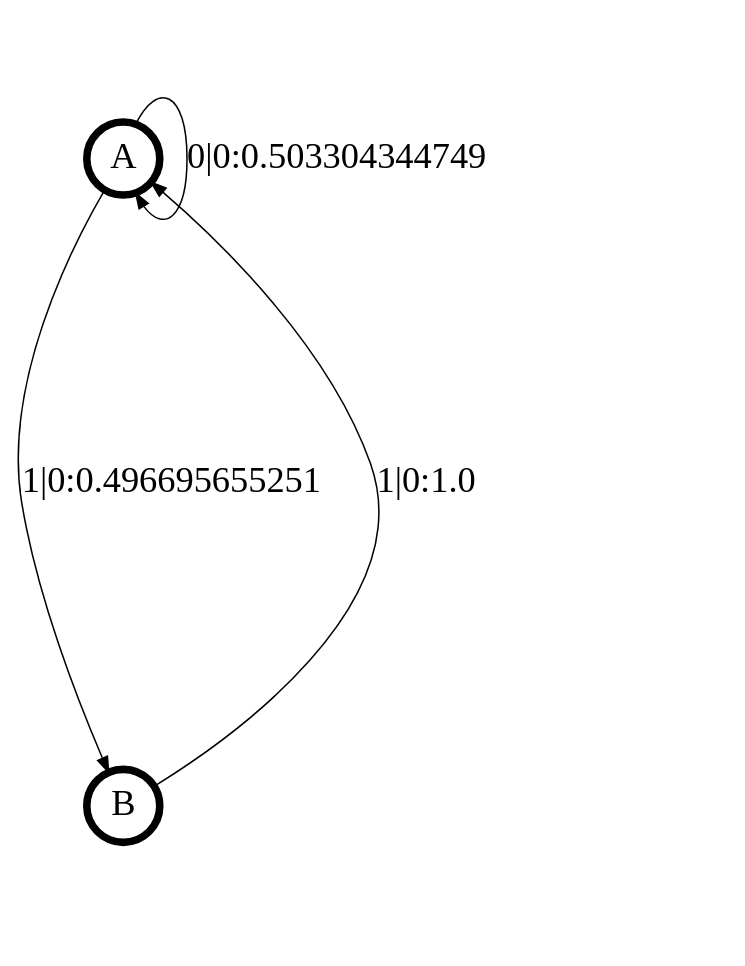
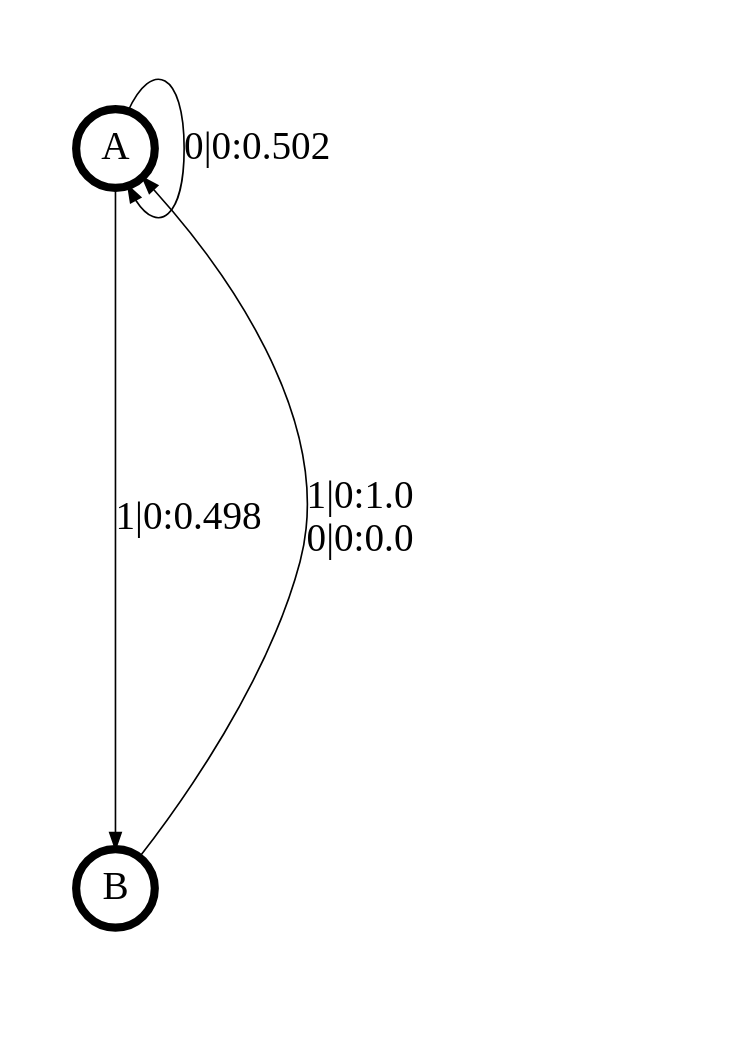
One commit to ddarmon/transCSSR changed the diagram in transCSSR_results/+even.dot. Above: the diagram before and after it, drawn with Graphviz. The commit also changed 10 other files, not shown here.

```diff
--- a/transCSSR_results/+even.dot
+++ b/transCSSR_results/+even.dot
@@ -1,15 +1,15 @@
 digraph  {
 size = "6,8.5";
 ratio = "fill";
 node
 [shape = circle];
 node [fontsize = 24];
 node [penwidth = 5];
 edge [fontsize = 24];
 node [fontname = "CMU Serif Roman"];
 graph [fontname = "CMU Serif Roman"];
 edge [fontname = "CMU Serif Roman"];
-A -> A [label = "0|0:0.503304344749\l"];
-A -> B [label = "1|0:0.496695655251\l"];
-B -> A [label = "1|0:1.0\l"];
+A -> A [label = "0|0:0.502\l"];
+A -> B [label = "1|0:0.498\l"];
+B -> A [label = "1|0:1.0\l0|0:0.0\l"];
 }
```
